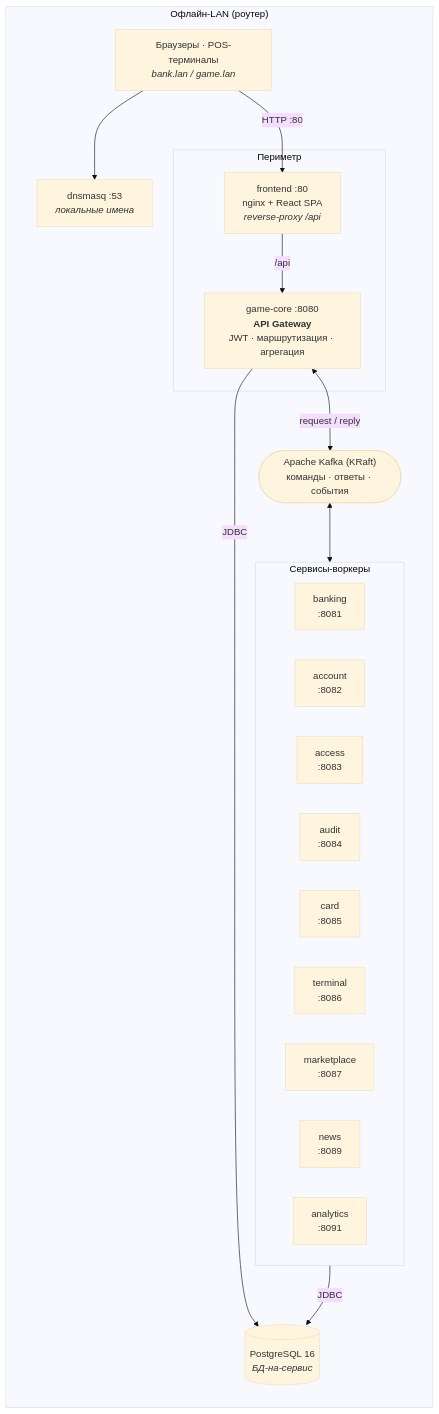
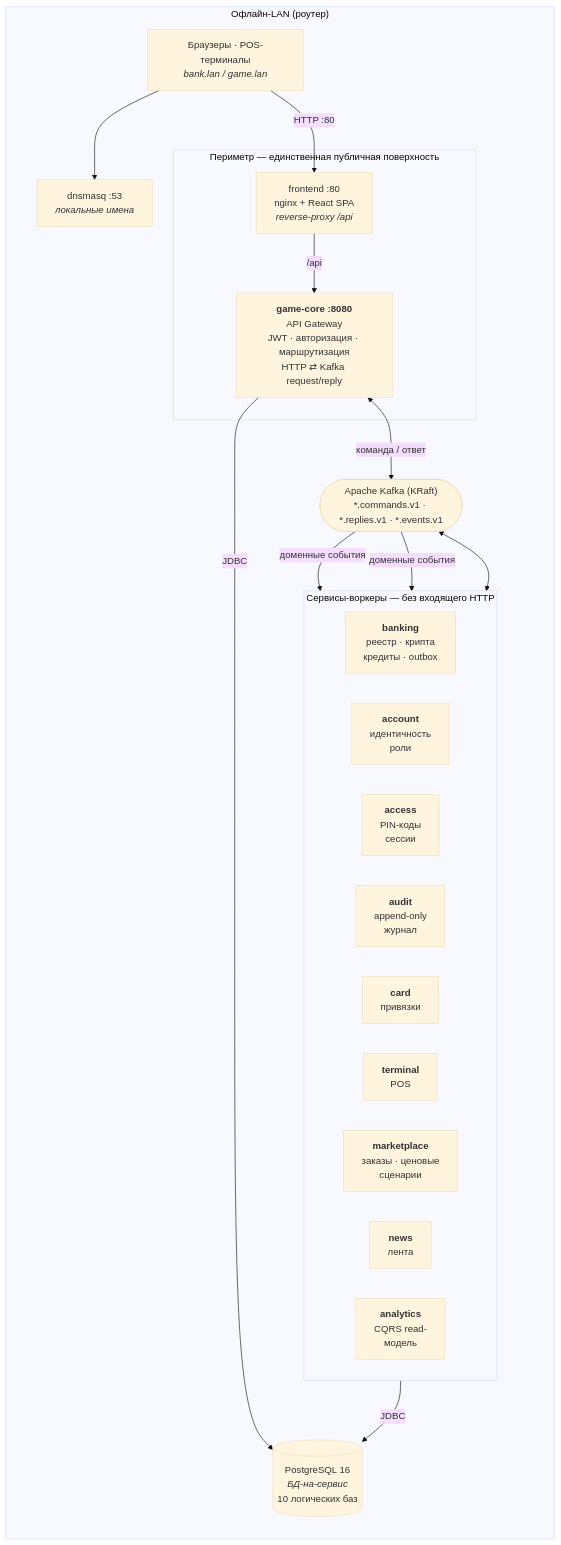
The first of 2 diagrams in README.ru.md (Andrew97422/cyberpunk-economy), drawn with Mermaid (base theme) before and after one commit. The commit also changed other lines of this file and 1 other file, not shown here.

````diff
--- a/README.ru.md
+++ b/README.ru.md
@@ -53,38 +49,40 @@
 ```mermaid
 flowchart TB
     subgraph LAN["Офлайн-LAN (роутер)"]
         direction TB
         B["Браузеры · POS-терминалы<br/><i>bank.lan / game.lan</i>"]
         DNS["dnsmasq :53<br/><i>локальные имена</i>"]
 
-        subgraph EDGE["Периметр"]
+        subgraph EDGE["Периметр — единственная публичная поверхность"]
             FE["frontend :80<br/>nginx + React SPA<br/><i>reverse-proxy /api</i>"]
-            GW["game-core :8080<br/><b>API Gateway</b><br/>JWT · маршрутизация · агрегация"]
+            GW["<b>game-core :8080</b><br/>API Gateway<br/>JWT · авторизация · маршрутизация<br/>HTTP ⇄ Kafka request/reply"]
         end
 
-        K(["Apache Kafka (KRaft)<br/>команды · ответы · события"])
+        K(["Apache Kafka (KRaft)<br/>*.commands.v1 · *.replies.v1 · *.events.v1"])
 
-        subgraph W["Сервисы-воркеры"]
+        subgraph W["Сервисы-воркеры — без входящего HTTP"]
             direction LR
-            BANK["banking<br/>:8081"]
-            ACC["account<br/>:8082"]
-            ACS["access<br/>:8083"]
-            AUD["audit<br/>:8084"]
-            CARD["card<br/>:8085"]
-            TERM["terminal<br/>:8086"]
-            MKT["marketplace<br/>:8087"]
-            NEWS["news<br/>:8089"]
-            ANA["analytics<br/>:8091"]
+            BANK["<b>banking</b><br/>реестр · крипта<br/>кредиты · outbox"]
+            ACC["<b>account</b><br/>идентичность<br/>роли"]
+            ACS["<b>access</b><br/>PIN-коды<br/>сессии"]
+            AUD["<b>audit</b><br/>append-only<br/>журнал"]
+            CARD["<b>card</b><br/>привязки"]
+            TERM["<b>terminal</b><br/>POS"]
+            MKT["<b>marketplace</b><br/>заказы · ценовые<br/>сценарии"]
+            NEWS["<b>news</b><br/>лента"]
+            ANA["<b>analytics</b><br/>CQRS read-<br/>модель"]
         end
 
-        PG[("PostgreSQL 16<br/><i>БД-на-сервис</i>")]
+        PG[("PostgreSQL 16<br/><i>БД-на-сервис</i><br/>10 логических баз")]
     end
 
     B --> DNS
     B -->|HTTP :80| FE
     FE -->|/api| GW
-    GW <-->|request / reply| K
+    GW <-->|команда / ответ| K
+    K -->|доменные события| ANA
+    K -->|доменные события| AUD
     K <--> W
     W -->|JDBC| PG
     GW -->|JDBC| PG
 ```
````
